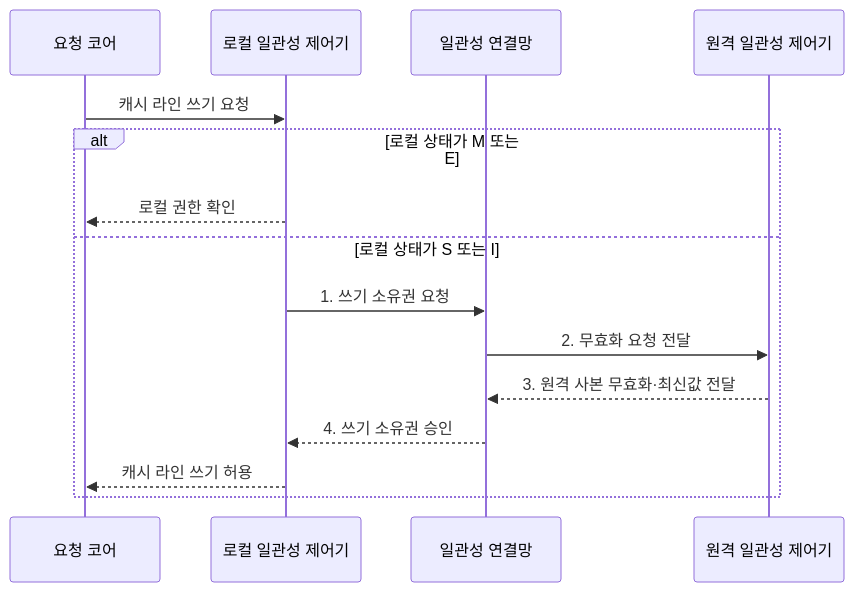
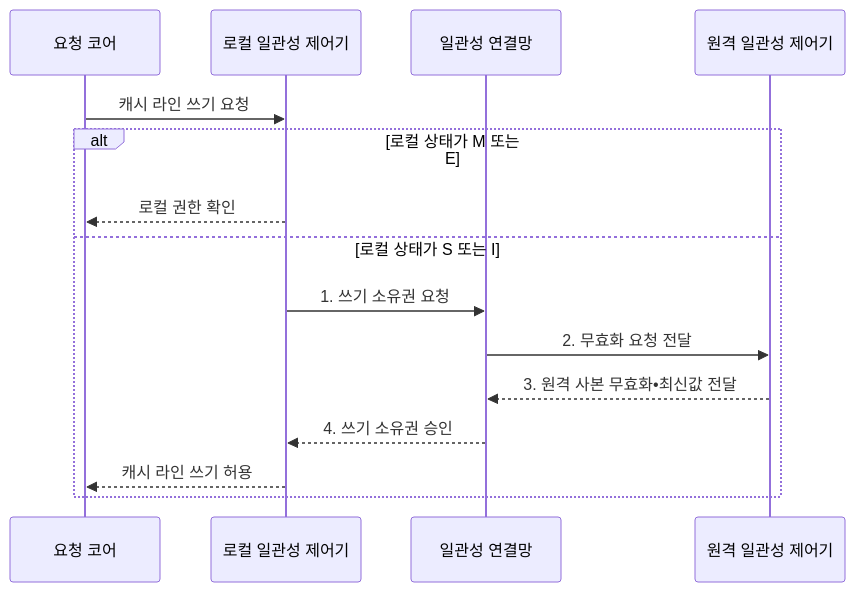
One commit to agnusdei1207/knowledge-base changed the second of 2 diagrams in src/content/docs/notes/02-hardware/014_cache_coherence_protocol.md. Above: the diagram before and after it, drawn with Mermaid. The commit also changed other lines of this file and 953 other files, not shown here.

````diff
--- a/src/content/docs/notes/02-hardware/014_cache_coherence_protocol.md
+++ b/src/content/docs/notes/02-hardware/014_cache_coherence_protocol.md
@@ -98,17 +98,17 @@
 ```mermaid
 sequenceDiagram
     participant A as 요청 코어
     participant C as 로컬 일관성 제어기
     participant N as 일관성 연결망
     participant R as 원격 일관성 제어기
     A->>C: 캐시 라인 쓰기 요청
     alt 로컬 상태가 M 또는 E
         C-->>A: 로컬 권한 확인
     else 로컬 상태가 S 또는 I
         C->>N: 1. 쓰기 소유권 요청
         N->>R: 2. 무효화 요청 전달
-        R-->>N: 3. 원격 사본 무효화·최신값 전달
+        R-->>N: 3. 원격 사본 무효화•최신값 전달
         N-->>C: 4. 쓰기 소유권 승인
         C-->>A: 캐시 라인 쓰기 허용
     end
 ```
````
